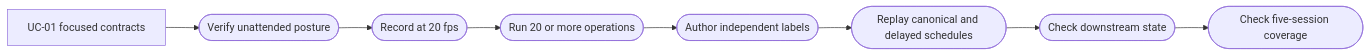
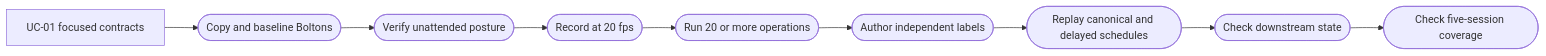
Before and after one commit to igamenovoer/houmao: the diagram in context/features/2026-07-11-tui-state-tracking-test-plan/usecases/uc-02-pressure-test-long-horizon-tui-state-tracking.md, drawn with Mermaid. The commit also changed other lines of this file and 46 other files, not shown here.

````diff
--- a/context/features/2026-07-11-tui-state-tracking-test-plan/usecases/uc-02-pressure-test-long-horizon-tui-state-tracking.md
+++ b/context/features/2026-07-11-tui-state-tracking-test-plan/usecases/uc-02-pressure-test-long-horizon-tui-state-tracking.md
@@ -258,13 +315,14 @@
 ```mermaid
 flowchart LR
   Focused[UC-01 focused contracts]
+  Project([Copy and baseline Boltons])
   Preflight([Verify unattended posture])
   Capture([Record at 20 fps])
   Operations([Run 20 or more operations])
   Labels([Author independent labels])
   Replay([Replay canonical and delayed schedules])
   Consumer([Check downstream state])
   Aggregate([Check five-session coverage])
 
-  Focused --> Preflight --> Capture --> Operations --> Labels --> Replay --> Consumer --> Aggregate
+  Focused --> Project --> Preflight --> Capture --> Operations --> Labels --> Replay --> Consumer --> Aggregate
 ```
````
